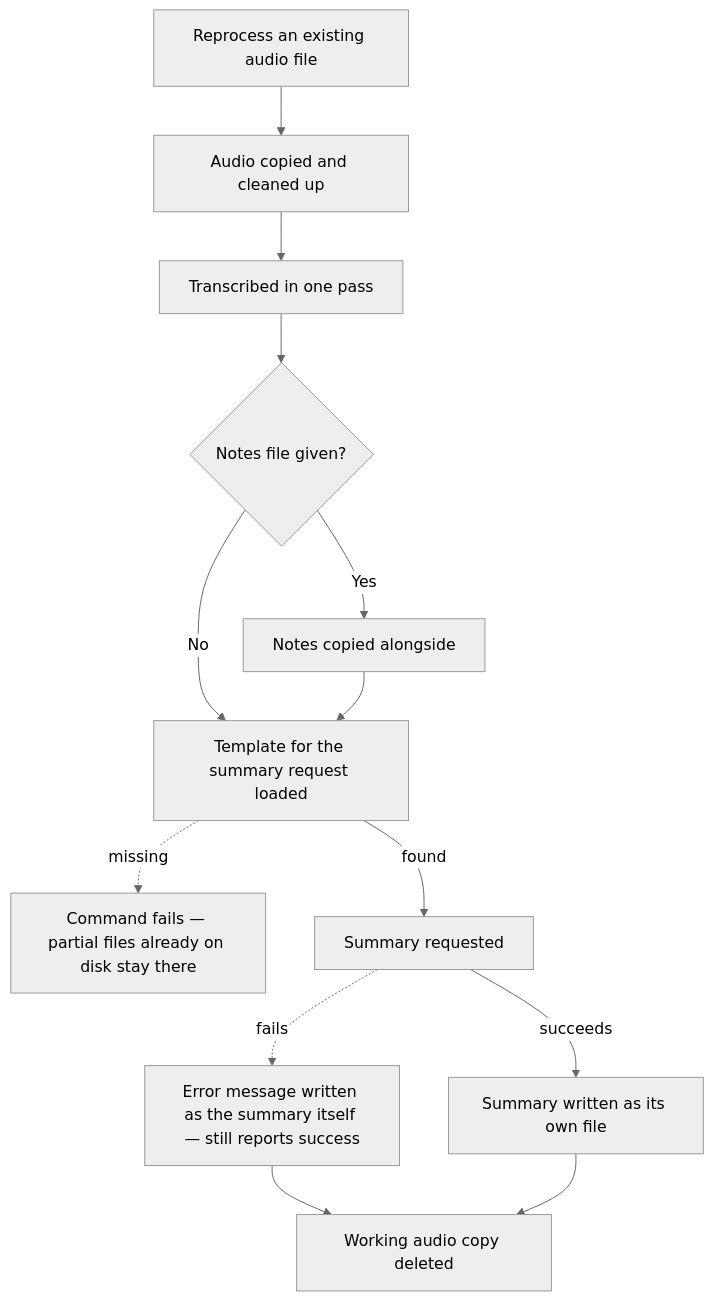
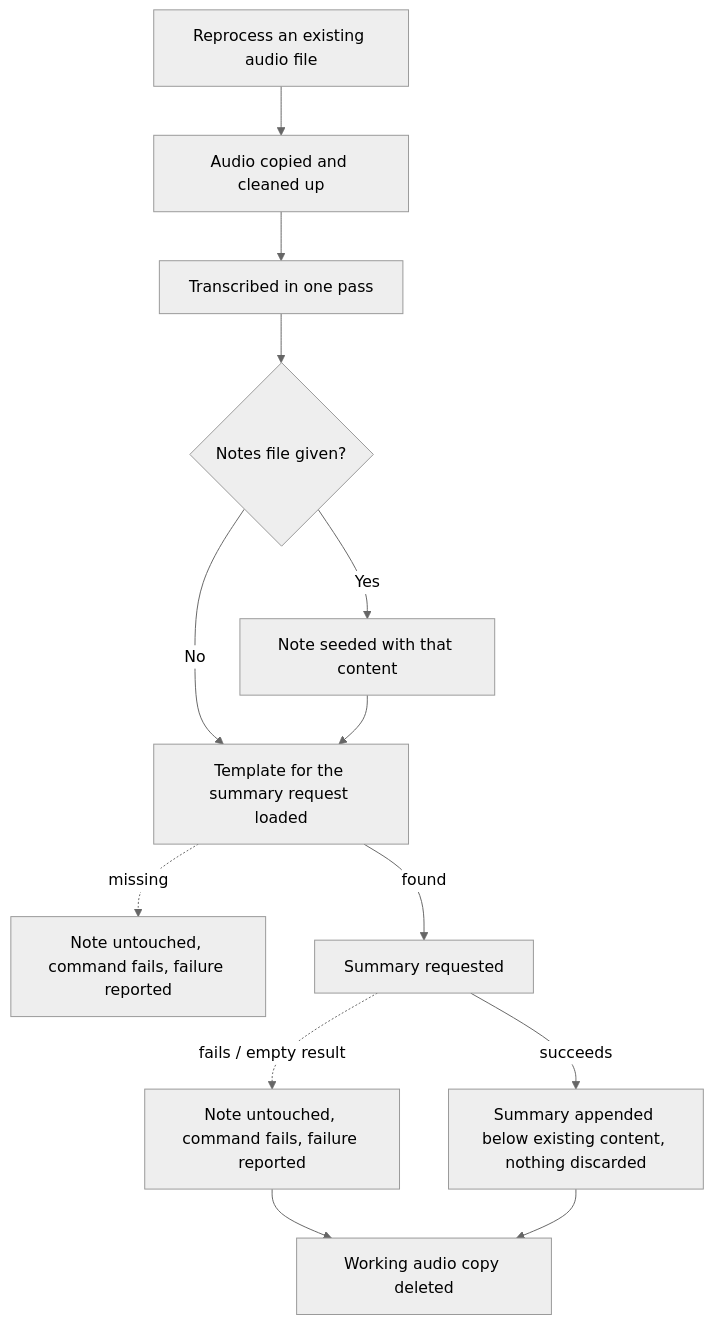
Before and after one commit to abrahambahez/trani: the second of 2 diagrams in docs/BEHAVIOR.md, drawn with Mermaid (neutral theme). The commit also changed other lines of this file and 7 other files, not shown here.

````diff
--- a/docs/BEHAVIOR.md
+++ b/docs/BEHAVIOR.md
@@ -80,15 +81,15 @@
 ```mermaid
 flowchart TD
     P[Reprocess an existing audio file] --> Q[Audio copied and cleaned up]
     Q --> R[Transcribed in one pass]
     R --> T{Notes file given?}
-    T -- Yes --> T2[Notes copied alongside]
+    T -- Yes --> T2[Note seeded with that content]
     T -- No --> U[Template for the summary request loaded]
     T2 --> U
-    U -.missing.-> U2[Command fails — partial files already on disk stay there]
+    U -.missing.-> U2[Note untouched, command fails, failure reported]
     U -- found --> V[Summary requested]
-    V -.fails.-> V2[Error message written as the summary itself — still reports success]
-    V -- succeeds --> V3[Summary written as its own file]
+    V -.fails / empty result.-> V2[Note untouched, command fails, failure reported]
+    V -- succeeds --> V3[Summary appended below existing content, nothing discarded]
     V2 --> W[Working audio copy deleted]
     V3 --> W
 ```
````
